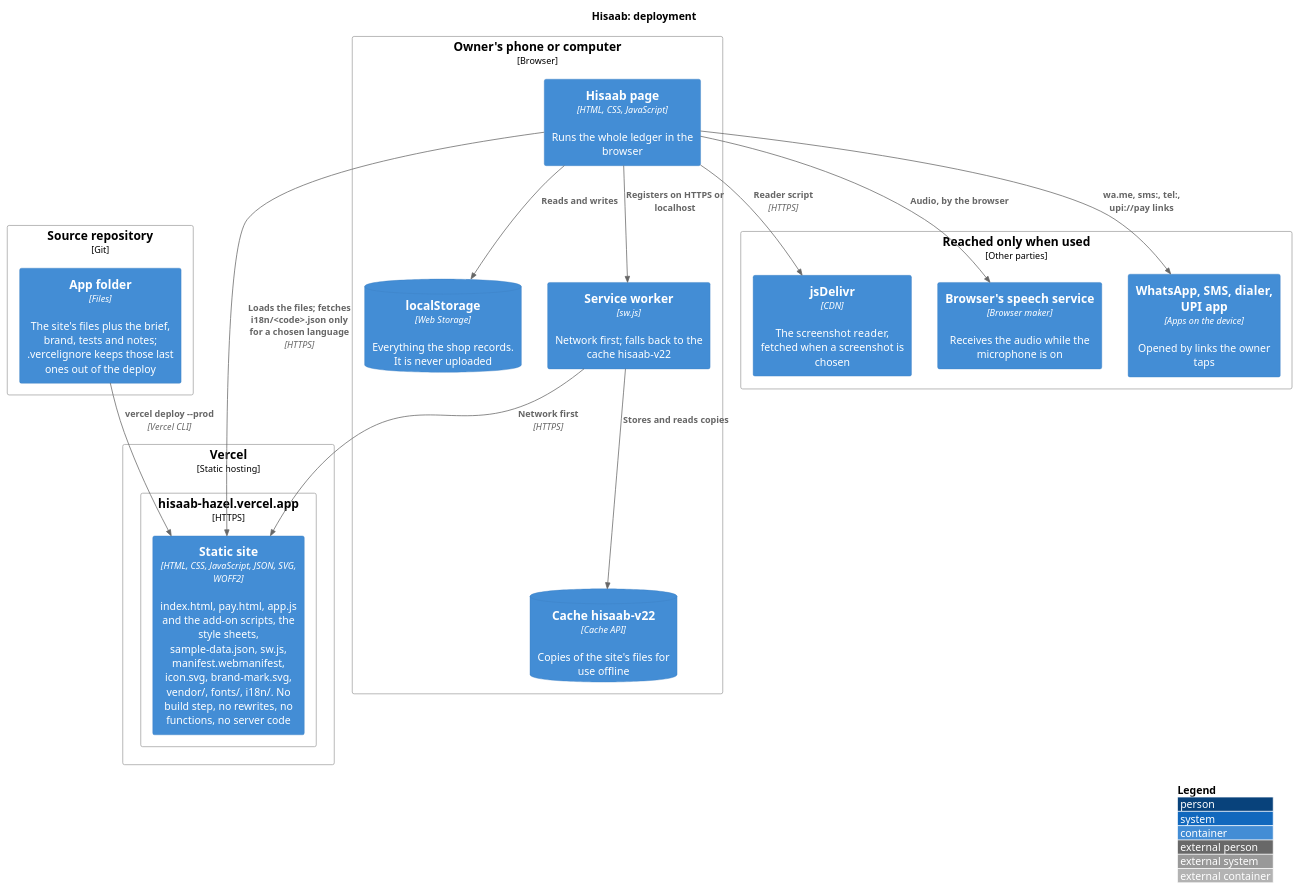
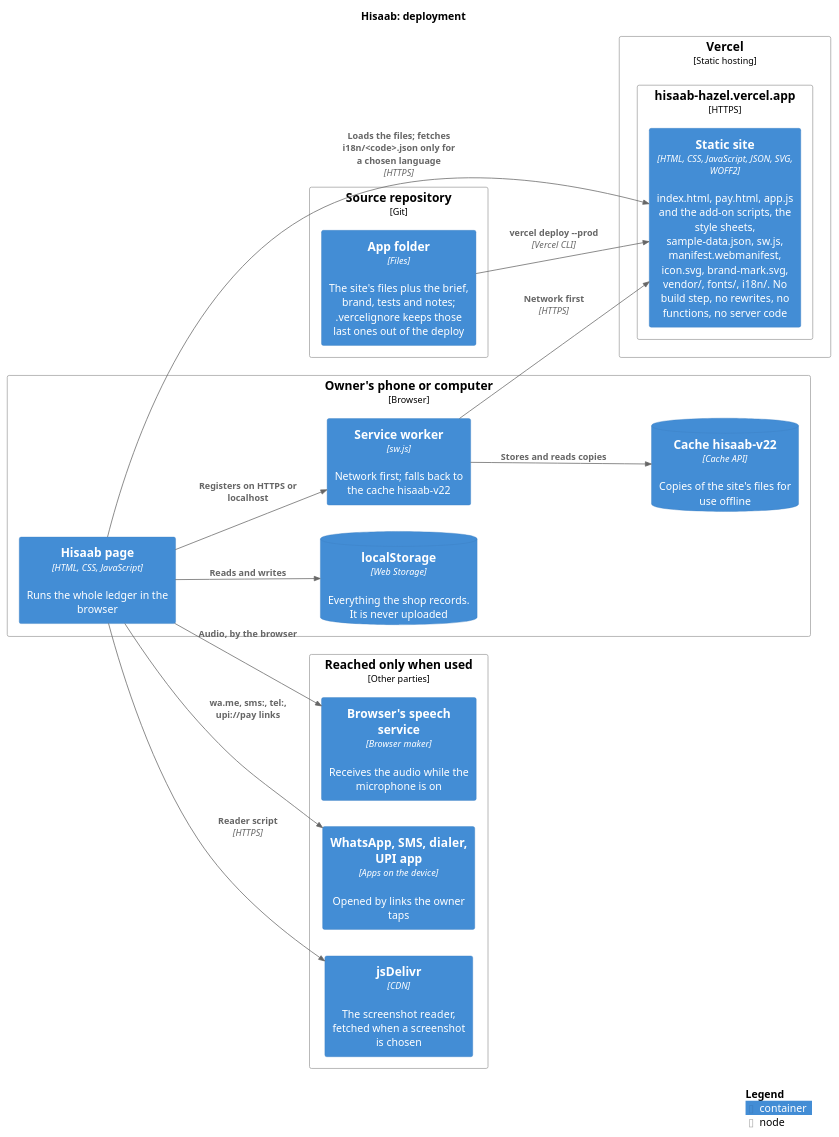
Before and after one commit to karwasanjay007/hisaab-docs: the diagram in docs/diagrams/deployment.puml, drawn with PlantUML. The commit also changed 27 other files, not shown here.

First line of the commit message:
Public view: one history page, readable diagrams, the pages speak only of the product

```diff
--- a/docs/diagrams/deployment.puml
+++ b/docs/diagrams/deployment.puml
@@ -1,36 +1,40 @@
 @startuml deployment
 !include <C4/C4_Deployment>
 title Hisaab: deployment
+
+skinparam wrapWidth 190
+skinparam maxMessageSize 160
 
 Deployment_Node(repo, "Source repository", "Git") {
   Container(src, "App folder", "Files", "The site's files plus the brief, brand, tests and notes; .vercelignore keeps those last ones out of the deploy")
 }
 Deployment_Node(vc, "Vercel", "Static hosting") {
   Deployment_Node(edge, "hisaab-hazel.vercel.app", "HTTPS") {
     Container(site, "Static site", "HTML, CSS, JavaScript, JSON, SVG, WOFF2", "index.html, pay.html, app.js and the add-on scripts, the style sheets, sample-data.json, sw.js, manifest.webmanifest, icon.svg, brand-mark.svg, vendor/, fonts/, i18n/. No build step, no rewrites, no functions, no server code")
   }
 }
 Deployment_Node(device, "Owner's phone or computer", "Browser") {
   Container(app, "Hisaab page", "HTML, CSS, JavaScript", "Runs the whole ledger in the browser")
   ContainerDb(store, "localStorage", "Web Storage", "Everything the shop records. It is never uploaded")
   Container(swk, "Service worker", "sw.js", "Network first; falls back to the cache hisaab-v22")
   ContainerDb(cache, "Cache hisaab-v22", "Cache API", "Copies of the site's files for use offline")
 }
 Deployment_Node(out, "Reached only when used", "Other parties") {
   Container(cdn, "jsDelivr", "CDN", "The screenshot reader, fetched when a screenshot is chosen")
   Container(speech, "Browser's speech service", "Browser maker", "Receives the audio while the microphone is on")
   Container(apps, "WhatsApp, SMS, dialer, UPI app", "Apps on the device", "Opened by links the owner taps")
 }
 
 Rel(src, site, "vercel deploy --prod", "Vercel CLI")
 Rel(app, site, "Loads the files; fetches i18n/<code>.json only for a chosen language", "HTTPS")
 Rel(app, store, "Reads and writes")
 Rel(app, swk, "Registers on HTTPS or localhost")
 Rel(swk, site, "Network first", "HTTPS")
 Rel(swk, cache, "Stores and reads copies")
 Rel(app, cdn, "Reader script", "HTTPS")
 Rel(app, speech, "Audio, by the browser")
 Rel(app, apps, "wa.me, sms:, tel:, upi://pay links")
 
-LAYOUT_WITH_LEGEND()
+LAYOUT_LEFT_RIGHT()
+SHOW_LEGEND()
 @enduml
```
